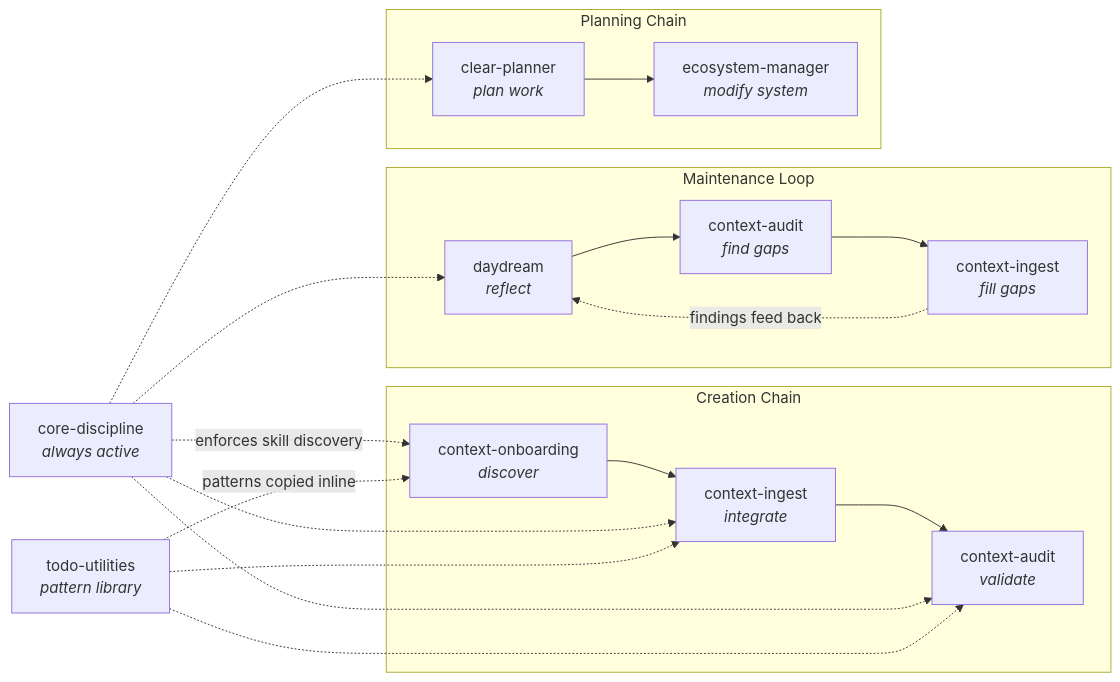
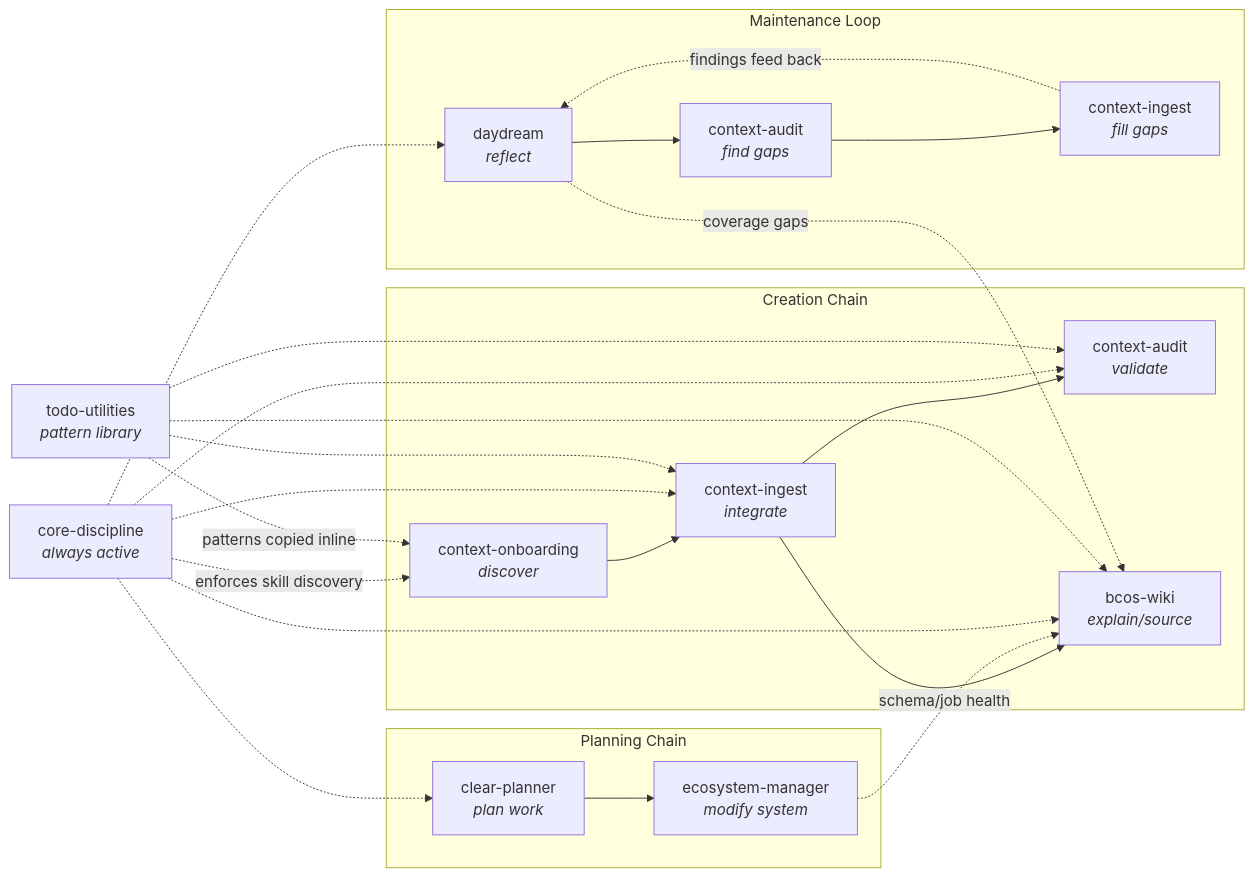
Before and after one commit to walm00/business-context-os: the diagram in docs/_bcos-framework/architecture/system-design.md, drawn with Mermaid. The commit also changed other lines of this file and 120 other files, not shown here.

````diff
--- a/docs/_bcos-framework/architecture/system-design.md
+++ b/docs/_bcos-framework/architecture/system-design.md
@@ -85,25 +108,30 @@
 ```mermaid
 graph LR
     subgraph Creation Chain
         onboarding[context-onboarding<br><i>discover</i>] --> ingest[context-ingest<br><i>integrate</i>] --> audit[context-audit<br><i>validate</i>]
+        ingest --> wiki[bcos-wiki<br><i>explain/source</i>]
     end
 
     subgraph Maintenance Loop
         daydream[daydream<br><i>reflect</i>] --> audit2[context-audit<br><i>find gaps</i>] --> ingest2[context-ingest<br><i>fill gaps</i>]
         ingest2 -.->|findings feed back| daydream
+        daydream -.->|coverage gaps| wiki
     end
 
     subgraph Planning Chain
         planner[clear-planner<br><i>plan work</i>] --> ecosystem[ecosystem-manager<br><i>modify system</i>]
+        ecosystem -.->|schema/job health| wiki
     end
 
     core[core-discipline<br><i>always active</i>] -.->|enforces skill discovery| onboarding
     core -.-> ingest
     core -.-> audit
     core -.-> daydream
     core -.-> planner
+    core -.-> wiki
 
     todo[todo-utilities<br><i>pattern library</i>] -.->|patterns copied inline| onboarding
     todo -.-> ingest
     todo -.-> audit
+    todo -.-> wiki
 ```
````
